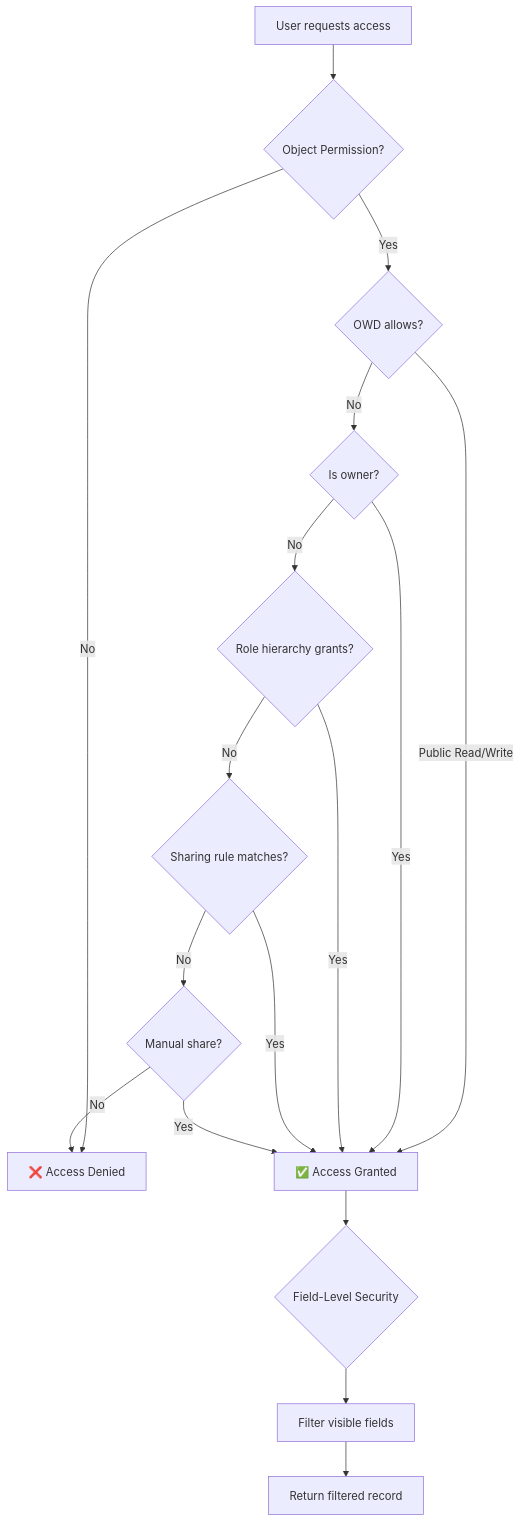
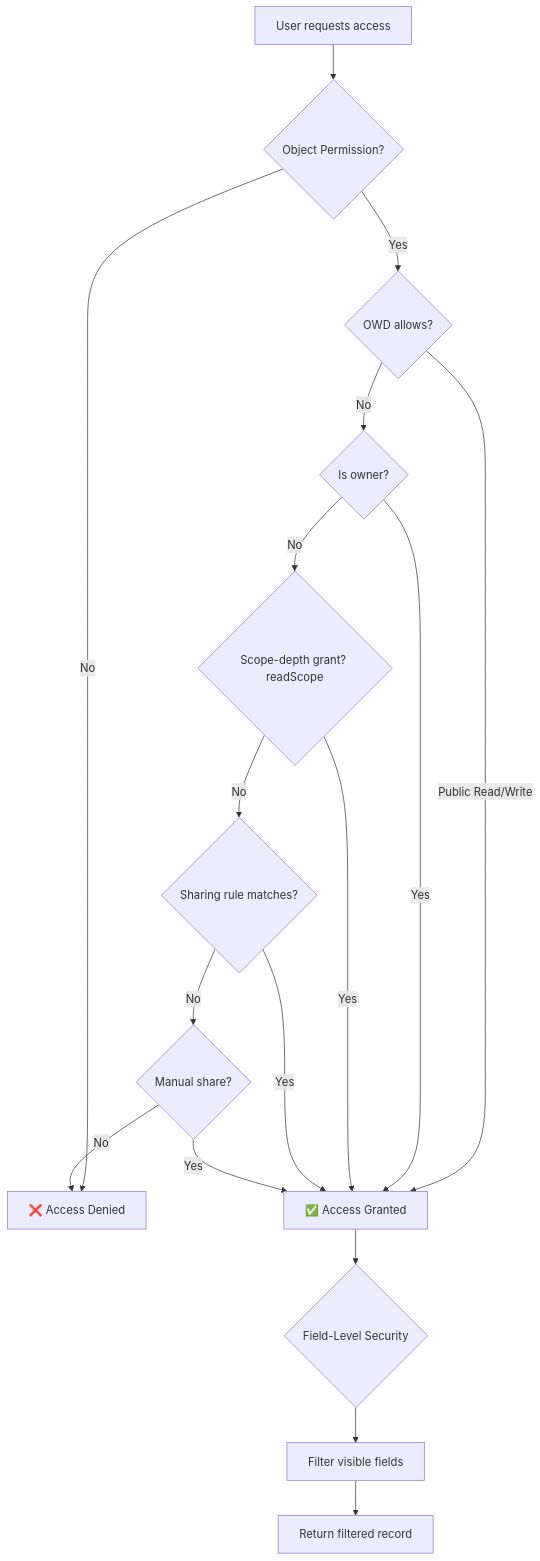
One commit to objectstack-ai/framework changed the second of 2 diagrams in content/docs/permissions/permissions-matrix.mdx. Above: the diagram before and after it, drawn with Mermaid. The commit also changed other lines of this file and 61 other files, not shown here.

````diff
--- a/content/docs/permissions/permissions-matrix.mdx
+++ b/content/docs/permissions/permissions-matrix.mdx
@@ -288,20 +303,20 @@
 ```mermaid
 flowchart TD
     A[User requests access] --> B{Object Permission?}
     B -->|No| DENY[❌ Access Denied]
     B -->|Yes| C{OWD allows?}
     C -->|Public Read/Write| ALLOW[✅ Access Granted]
     C -->|No| D{Is owner?}
     D -->|Yes| ALLOW
-    D -->|No| E{Role hierarchy grants?}
+    D -->|No| E{Scope-depth grant? readScope}
     E -->|Yes| ALLOW
     E -->|No| F{Sharing rule matches?}
     F -->|Yes| ALLOW
     F -->|No| G{Manual share?}
     G -->|Yes| ALLOW
     G -->|No| DENY
 
     ALLOW --> H{Field-Level Security}
     H --> I[Filter visible fields]
     I --> J[Return filtered record]
 ```
````
